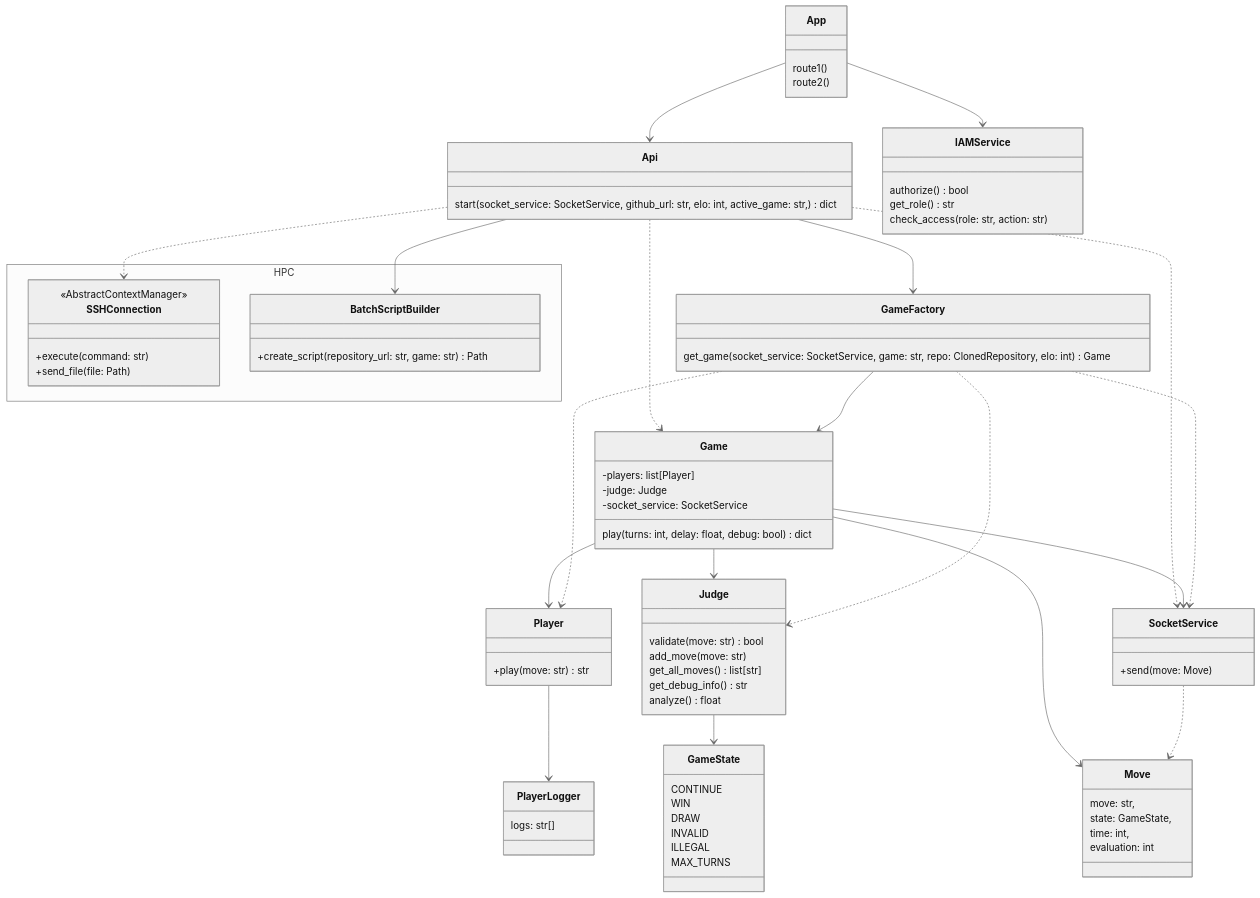
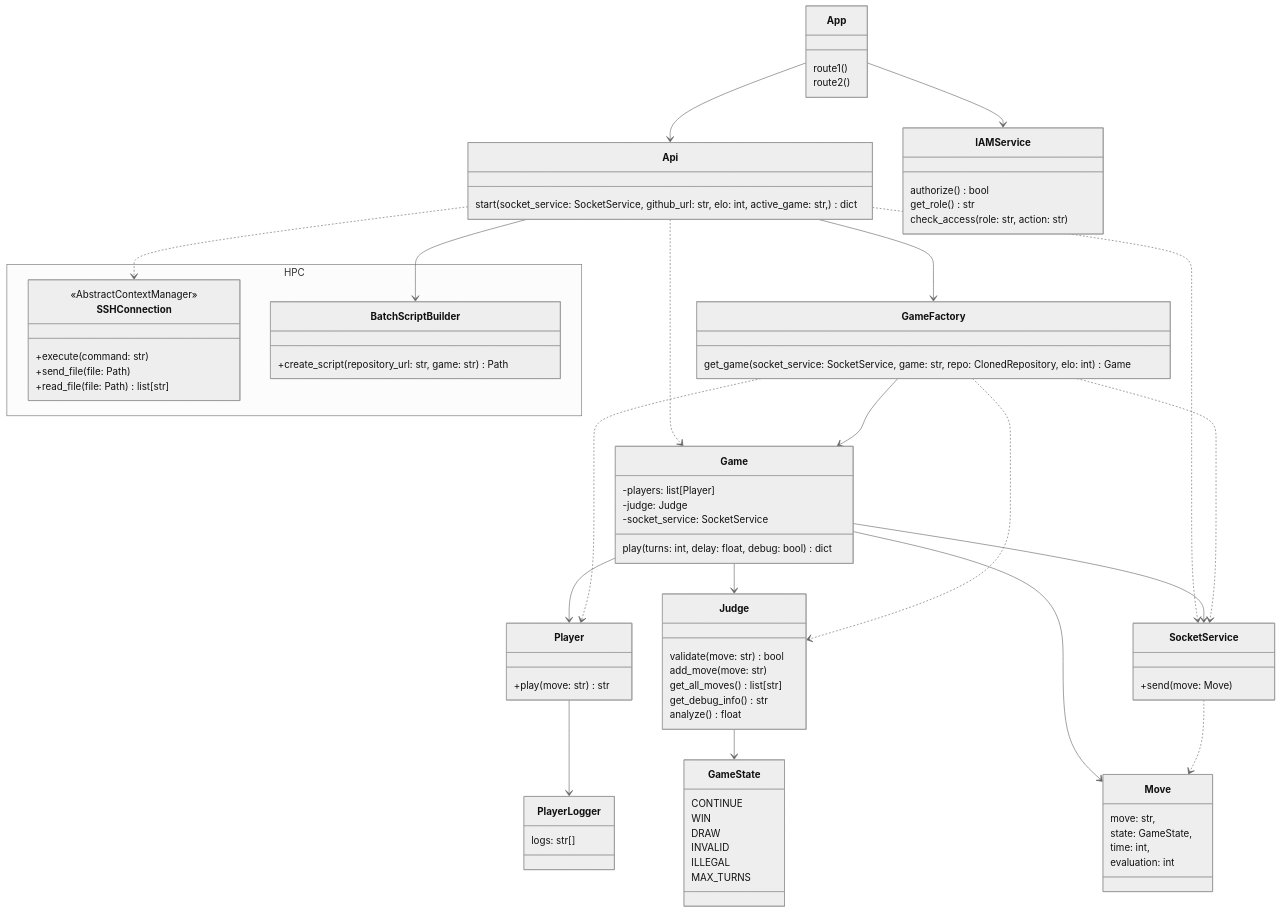
Before and after one commit to game-ai-platform-team/tira-ai-platform: the third of 5 diagrams in docs/architecture.md, drawn with Mermaid (neutral theme). The commit also changed 1 other file, not shown here.

Commit message:
feat(#111): Implement SSHConnection.read_file

```diff
--- a/docs/architecture.md
+++ b/docs/architecture.md
@@ -136,6 +136,7 @@
         <<AbstractContextManager>>
     +execute(command: str)
     +send_file(file: Path)
+    +read_file(file: Path) list[str]
     }
 
     class BatchScriptBuilder {
```
